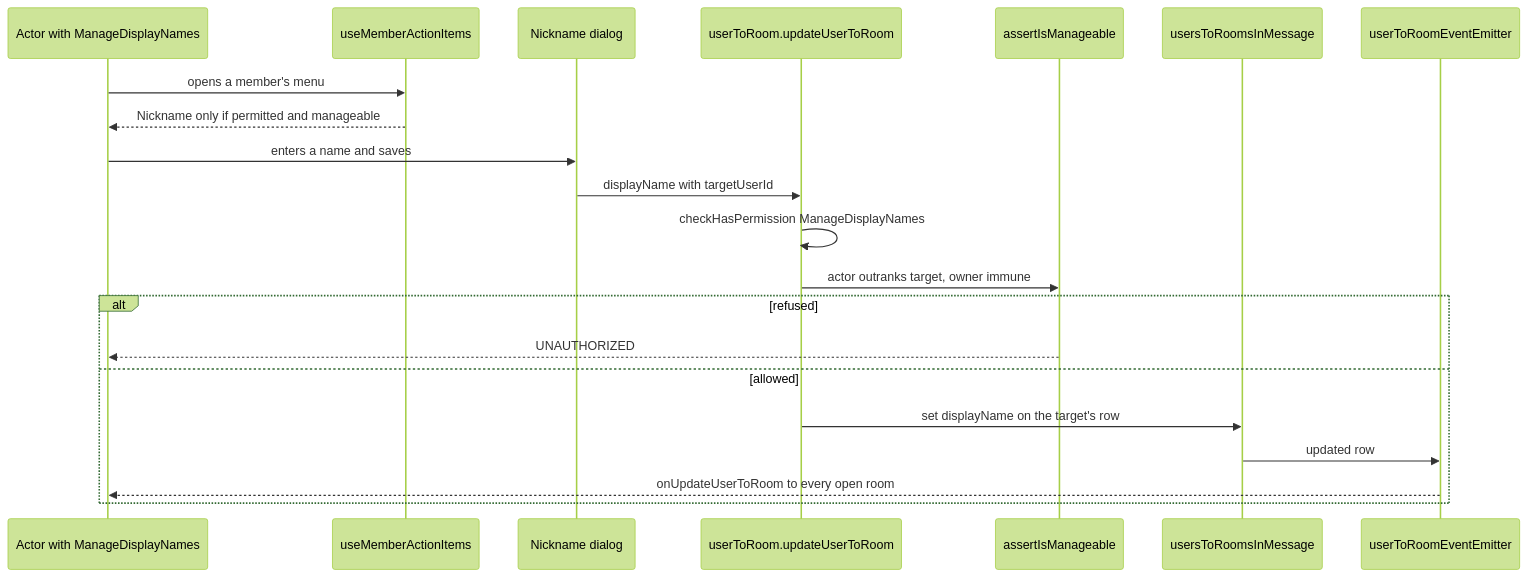
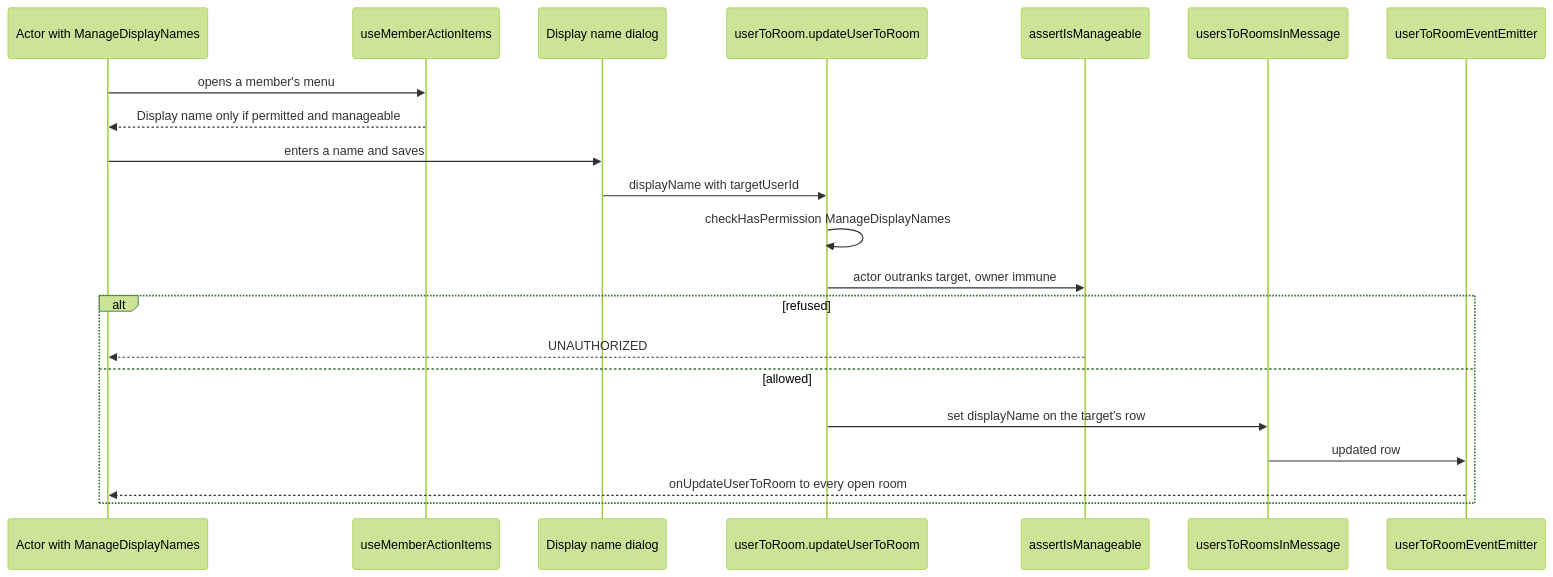
One commit to Esposter/Esposter changed the diagram in openspec/changes/esbabbler-member-display-names/design.md. Above: the diagram before and after it, drawn with Mermaid (forest theme). The commit also changed other lines of this file and 20 other files, not shown here.

First line of the commit message:
docs(esbabbler): the room's display-name spec and its pending change use display name, not nickname

````diff
--- a/openspec/changes/esbabbler-member-display-names/design.md
+++ b/openspec/changes/esbabbler-member-display-names/design.md
@@ -20,23 +20,23 @@
 ```mermaid
 sequenceDiagram
   participant A as Actor with ManageDisplayNames
   participant M as useMemberActionItems
-  participant D as Nickname dialog
+  participant D as Display name dialog
   participant R as userToRoom.updateUserToRoom
   participant G as assertIsManageable
   participant DB as usersToRoomsInMessage
   participant E as userToRoomEventEmitter
   A->>M: opens a member's menu
-  M-->>A: Nickname only if permitted and manageable
+  M-->>A: Display name only if permitted and manageable
   A->>D: enters a name and saves
   D->>R: displayName with targetUserId
   R->>R: checkHasPermission ManageDisplayNames
   R->>G: actor outranks target, owner immune
   alt refused
     G-->>A: UNAUTHORIZED
   else allowed
     R->>DB: set displayName on the target's row
     DB->>E: updated row
     E-->>A: onUpdateUserToRoom to every open room
   end
 ```
````
